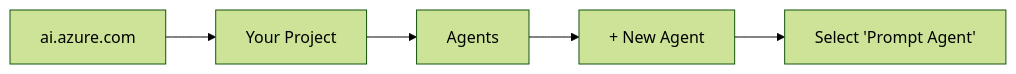
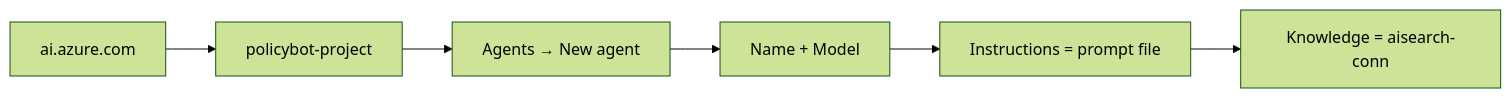
The diagram in foundry/README.md (ricardo-msft-SE/policybot1), drawn with Mermaid (forest theme) before and after one commit. The commit also changed other lines of this file and 10 other files, not shown here.

First line of the commit message:
feat: multi-agent architecture with specialized models

````diff
--- a/foundry/README.md
+++ b/foundry/README.md
@@ -65,7 +85,8 @@
 ```mermaid
 flowchart LR
-    A["ai.azure.com"] --> B["Your Project"]
-    B --> C["Agents"]
-    C --> D["+ New Agent"]
-    D --> E["Select 'Prompt Agent'"]
+    A["ai.azure.com"] --> B["policybot-project"]
+    B --> C["Agents → New agent"]
+    C --> D["Name + Model"]
+    D --> E["Instructions = prompt file"]
+    E --> F["Knowledge = aisearch-conn"]
 ```
````
